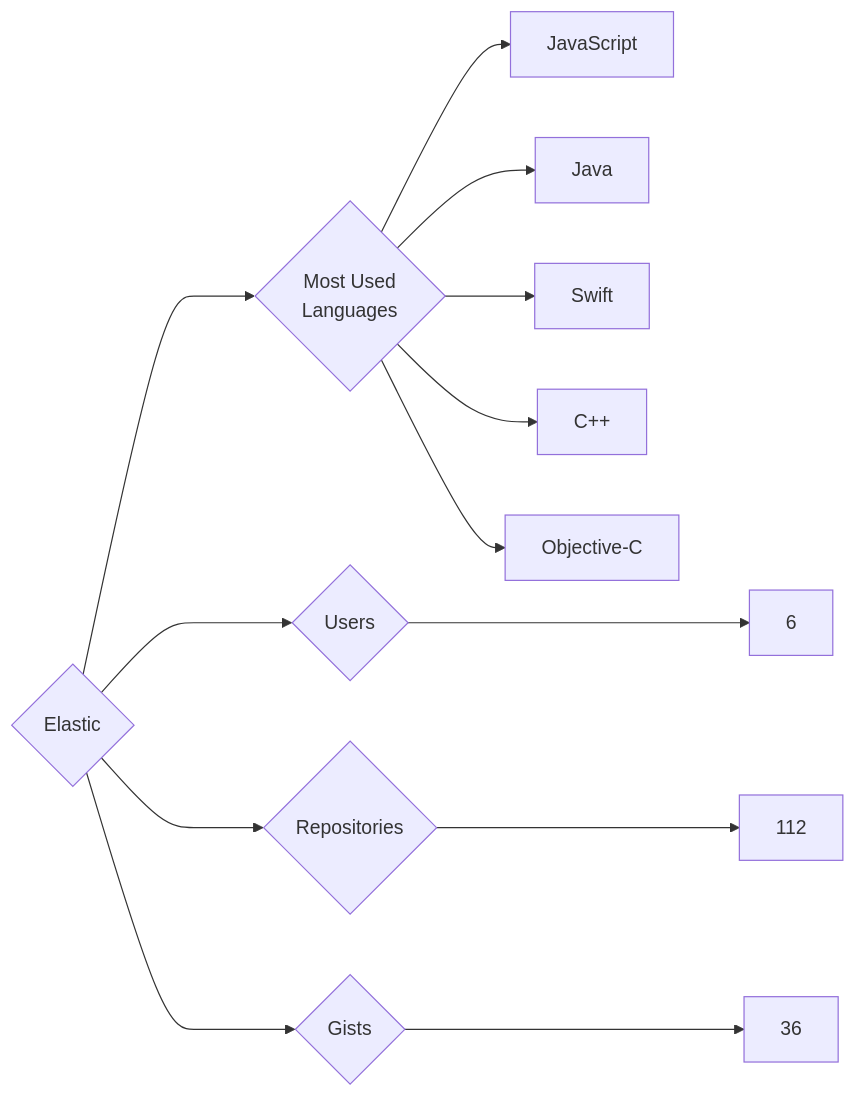
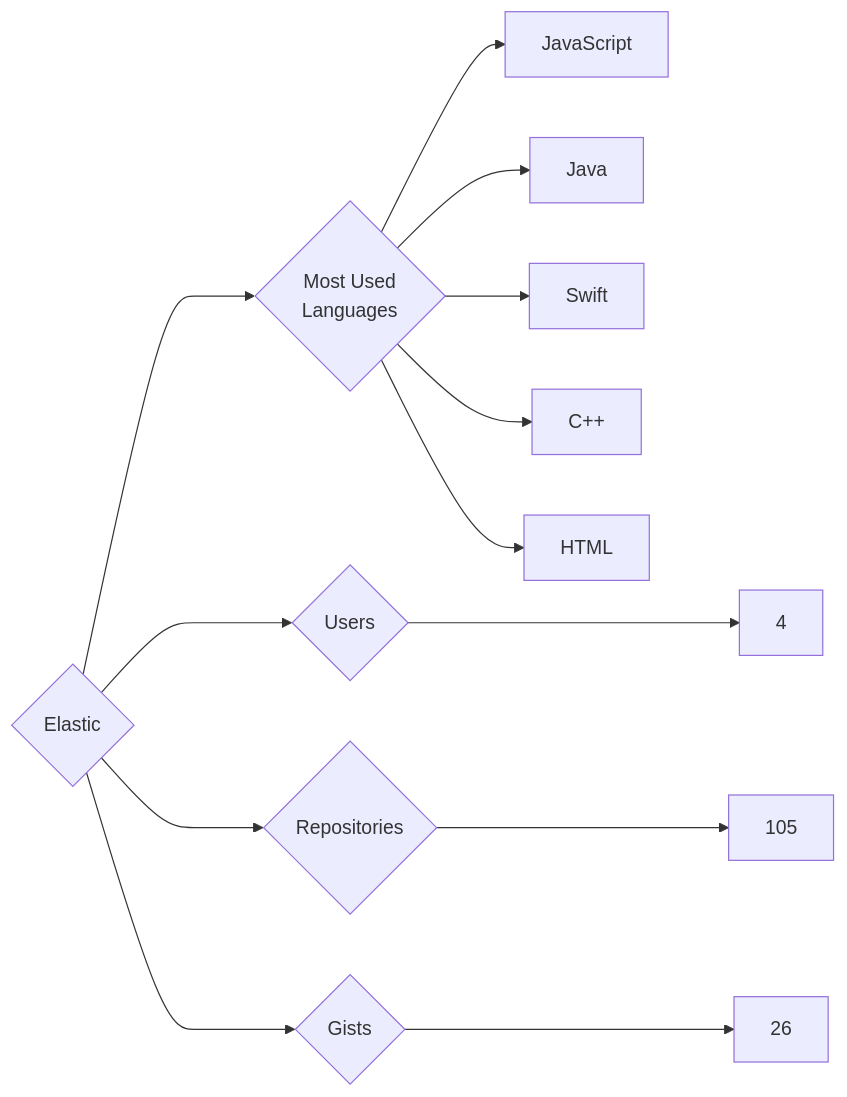
One commit to trickest/insiders changed the diagram in targets/Elastic/README.md. Above: the diagram before and after it, drawn with Mermaid. The commit also changed 942 other files, not shown here.

````diff
--- a/targets/Elastic/README.md
+++ b/targets/Elastic/README.md
@@ -3,13 +3,13 @@
 ```mermaid
 graph LR
 COMPANY_NAME{Elastic}
-COMPANY_NAME ---> U{Users} ---> UN[6]
-COMPANY_NAME ---> R{Repositories} ---> RN[112]
-COMPANY_NAME ---> G{Gists} ---> GN[36]
+COMPANY_NAME ---> U{Users} ---> UN[4]
+COMPANY_NAME ---> R{Repositories} ---> RN[105]
+COMPANY_NAME ---> G{Gists} ---> GN[26]
 COMPANY_NAME ---> ML{Most Used<br>Languages}
 ML --> JavaScript[JavaScript]
 ML --> Java[Java]
 ML --> Swift[Swift]
 ML --> C++[C++]
-ML --> Objective-C[Objective-C]
+ML --> HTML[HTML]
 ```
````
